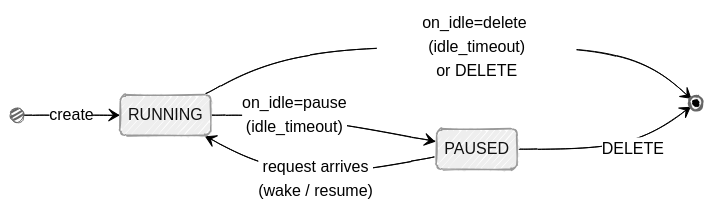
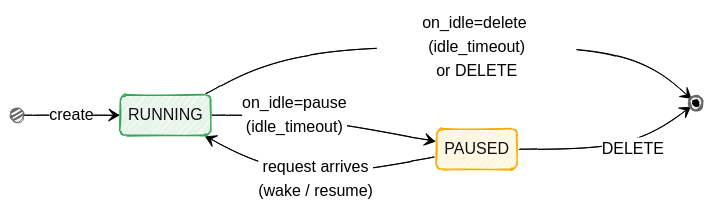
One commit to garysng/bean changed the first of 2 diagrams in README.md. Above: the diagram before and after it, drawn with Mermaid. The commit also changed 2 other files, not shown here.

Commit message:
docs: color the lifecycle state diagram
The state machine was the one mermaid diagram still rendering all-gray
under the neutral theme. Give RUNNING a green fill and PAUSED an amber
one, matching the palette the overall-architecture flowchart already uses
(green for live, amber for the frozen/data role). EN, zh, and the source
in architecture-diagrams.md.

````diff
--- a/README.md
+++ b/README.md
@@ -77,14 +77,19 @@
 ```mermaid
 ---
 config:
   look: handDrawn
   theme: neutral
 ---
 stateDiagram-v2
   direction LR
   [*] --> RUNNING: create
   RUNNING --> PAUSED: on_idle=pause<br>(idle_timeout)
   PAUSED --> RUNNING: request arrives<br>(wake / resume)
   RUNNING --> [*]: on_idle=delete (idle_timeout)<br>or DELETE
   PAUSED --> [*]: DELETE
+
+  classDef running fill:#E6F4EA,stroke:#34A853,color:#111;
+  classDef paused fill:#FEF7E0,stroke:#F9AB00,color:#111;
+  class RUNNING running
+  class PAUSED paused
 ```
````
